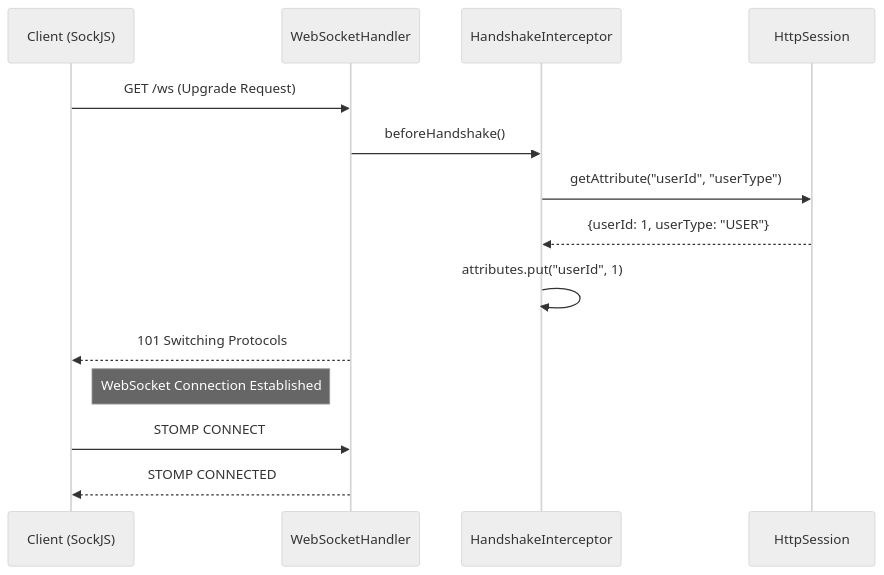
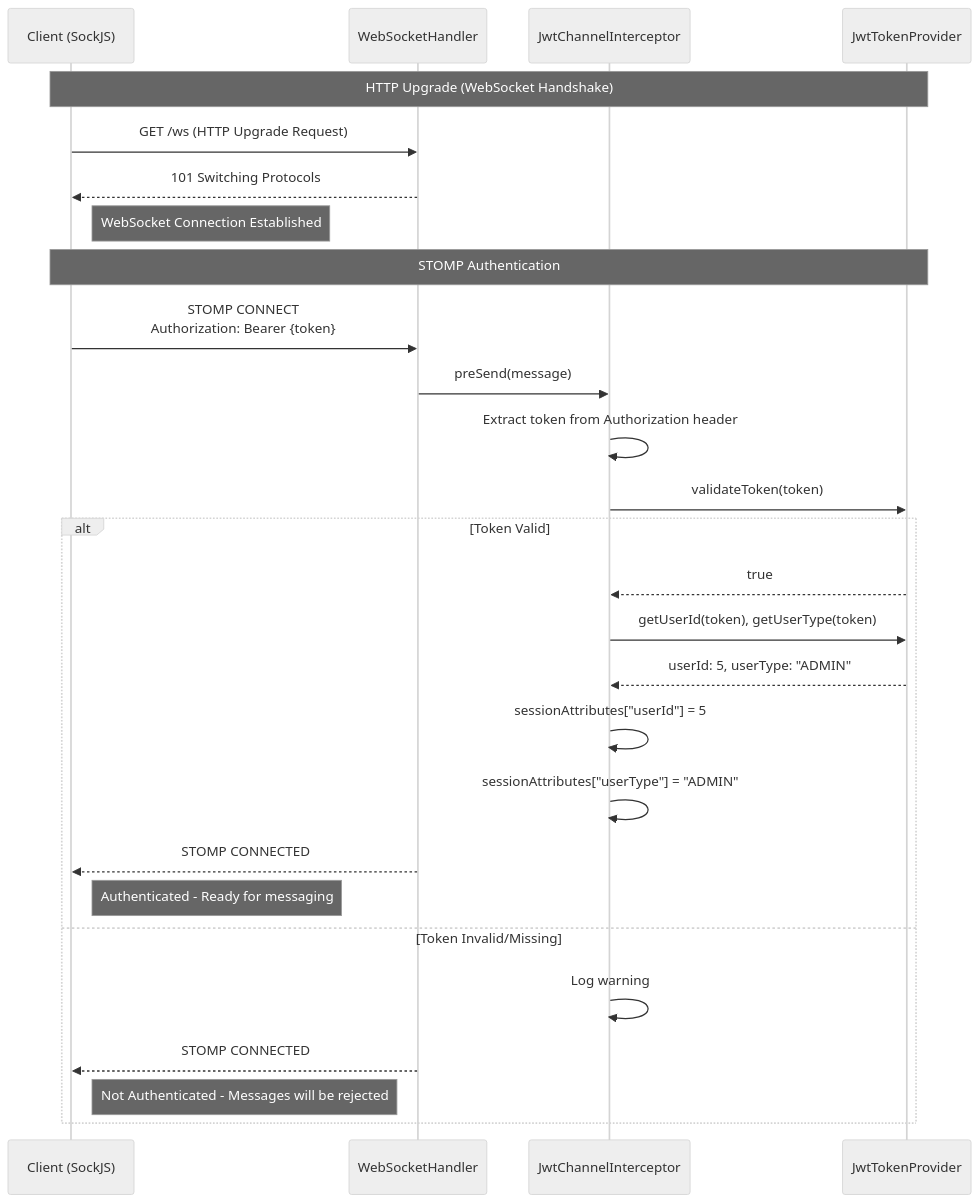
The fourth of 18 diagrams in WORKFLOW_GUIDE.md (zooozoo/chat_poc), drawn with Mermaid (neutral theme) before and after one commit. The commit also changed other lines of this file and 24 other files, not shown here.

First line of the commit message:
Change authentication method from session to jwt

````diff
--- a/WORKFLOW_GUIDE.md
+++ b/WORKFLOW_GUIDE.md
@@ -68,18 +385,32 @@
 ```mermaid
 sequenceDiagram
     participant C as Client (SockJS)
     participant WS as WebSocketHandler
-    participant I as HandshakeInterceptor
-    participant Sess as HttpSession
+    participant Interceptor as JwtChannelInterceptor
+    participant JWT as JwtTokenProvider
 
-    C->>WS: GET /ws (Upgrade Request)
-    WS->>I: beforeHandshake()
-    I->>Sess: getAttribute("userId", "userType")
-    Sess-->>I: {userId: 1, userType: "USER"}
-    I->>I: attributes.put("userId", 1)
+    Note over C,JWT: HTTP Upgrade (WebSocket Handshake)
+    C->>WS: GET /ws (HTTP Upgrade Request)
     WS-->>C: 101 Switching Protocols
     Note right of C: WebSocket Connection Established
-    
-    C->>WS: STOMP CONNECT
-    WS-->>C: STOMP CONNECTED
+
+    Note over C,JWT: STOMP Authentication
+    C->>WS: STOMP CONNECT<br/>Authorization: Bearer {token}
+    WS->>Interceptor: preSend(message)
+    Interceptor->>Interceptor: Extract token from Authorization header
+    Interceptor->>JWT: validateToken(token)
+
+    alt Token Valid
+        JWT-->>Interceptor: true
+        Interceptor->>JWT: getUserId(token), getUserType(token)
+        JWT-->>Interceptor: userId: 5, userType: "ADMIN"
+        Interceptor->>Interceptor: sessionAttributes["userId"] = 5
+        Interceptor->>Interceptor: sessionAttributes["userType"] = "ADMIN"
+        WS-->>C: STOMP CONNECTED
+        Note right of C: Authenticated - Ready for messaging
+    else Token Invalid/Missing
+        Interceptor->>Interceptor: Log warning
+        WS-->>C: STOMP CONNECTED
+        Note right of C: Not Authenticated - Messages will be rejected
+    end
 ```
````
